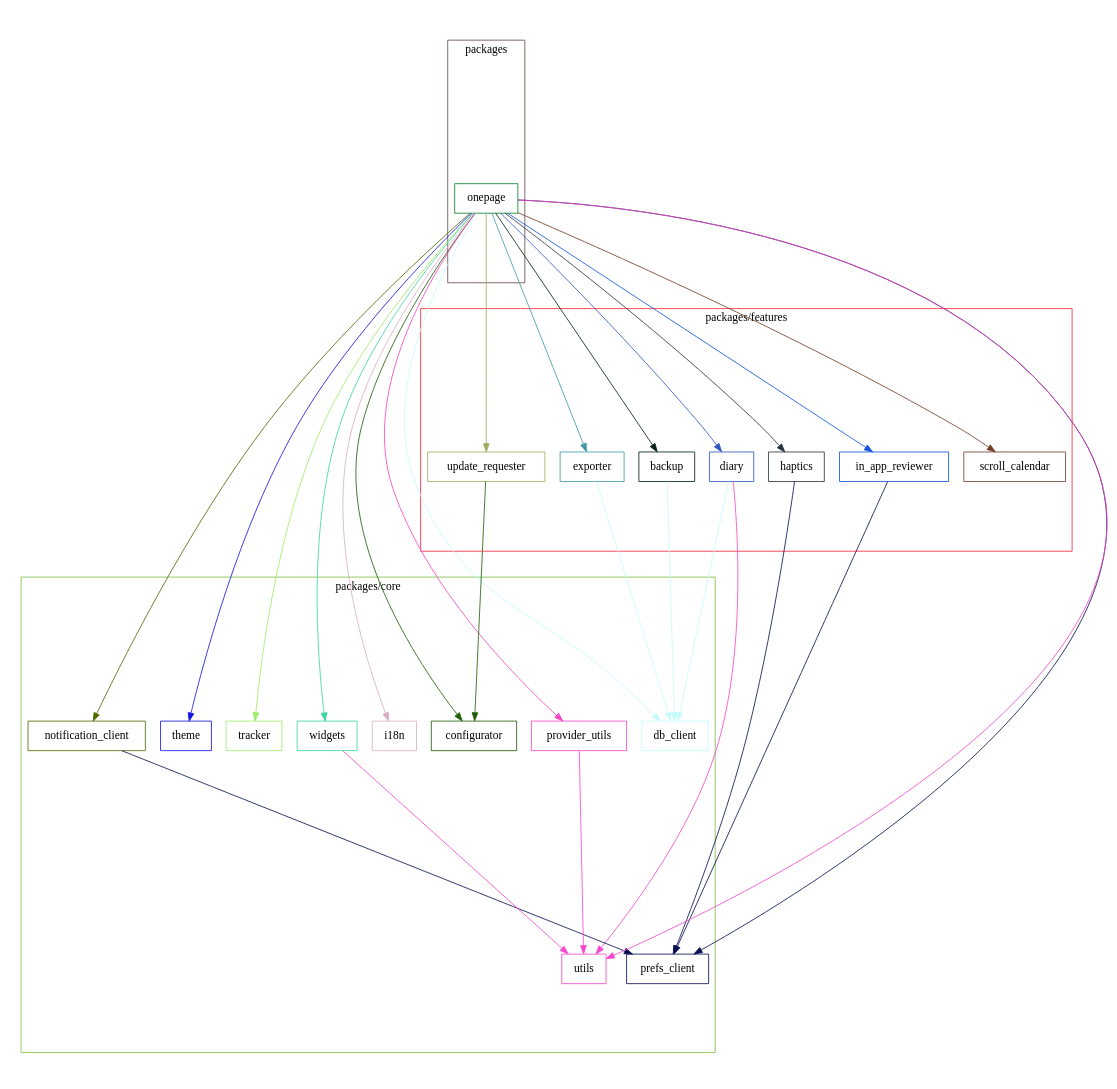
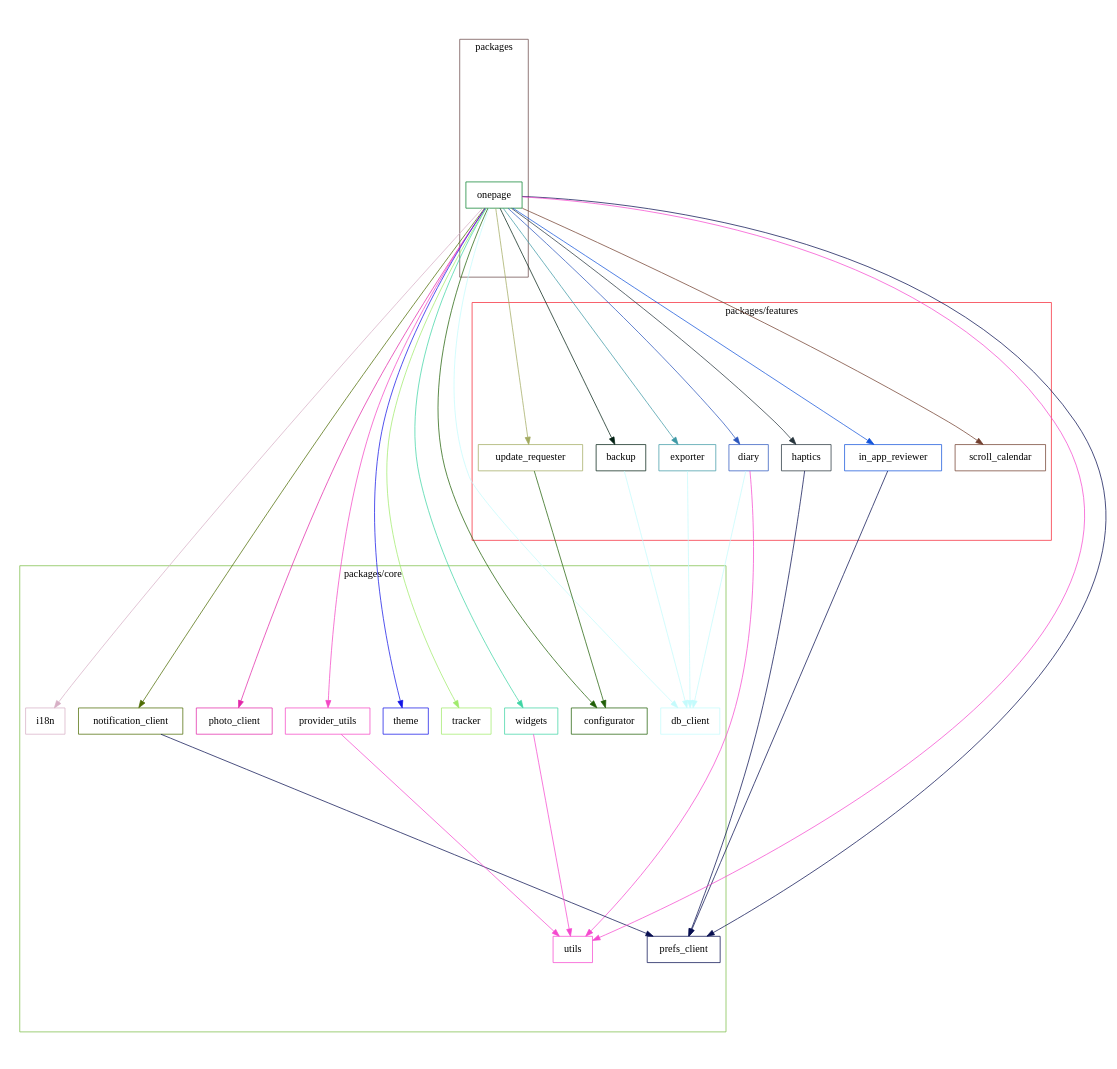
Before and after one commit to naipaka/onepage: the diagram in docs/dependency_graph.dot, drawn with Graphviz. The commit also changed 1 other file, not shown here.

Commit message:
Update Dependency Graph and SVG image (#200)

```diff
--- a/docs/dependency_graph.dot
+++ b/docs/dependency_graph.dot
@@ -1,78 +1,81 @@
 digraph packages {
   size="10"; ratio=fill;
   backup [shape="box"; color="#022013"];
   configurator [shape="box"; color="#205f06"];
   db_client [shape="box"; color="#c4fbfc"];
   diary [shape="box"; color="#2c56bd"];
   exporter [shape="box"; color="#3e99a6"];
   haptics [shape="box"; color="#26343c"];
   i18n [shape="box"; color="#d7afc5"];
   in_app_reviewer [shape="box"; color="#1253da"];
   notification_client [shape="box"; color="#4d6b02"];
   onepage [shape="box"; color="#08802d"];
+  photo_client [shape="box"; color="#e227a9"];
   prefs_client [shape="box"; color="#080f51"];
   provider_utils [shape="box"; color="#f445c4"];
   scroll_calendar [shape="box"; color="#713e2e"];
   theme [shape="box"; color="#1214e6"];
   tracker [shape="box"; color="#a0eb6a"];
   update_requester [shape="box"; color="#a2aa60"];
   utils [shape="box"; color="#f548cf"];
   widgets [shape="box"; color="#3ed5a4"];
   backup -> db_client [style="filled"; color="#c4fbfc"];
   diary -> db_client [style="filled"; color="#c4fbfc"];
   diary -> utils [style="filled"; color="#f548cf"];
   exporter -> db_client [style="filled"; color="#c4fbfc"];
   haptics -> prefs_client [style="filled"; color="#080f51"];
   in_app_reviewer -> prefs_client [style="filled"; color="#080f51"];
   notification_client -> prefs_client [style="filled"; color="#080f51"];
   onepage -> backup [style="filled"; color="#022013"];
   onepage -> configurator [style="filled"; color="#205f06"];
   onepage -> db_client [style="filled"; color="#c4fbfc"];
   onepage -> diary [style="filled"; color="#2c56bd"];
   onepage -> exporter [style="filled"; color="#3e99a6"];
   onepage -> haptics [style="filled"; color="#26343c"];
   onepage -> i18n [style="filled"; color="#d7afc5"];
   onepage -> in_app_reviewer [style="filled"; color="#1253da"];
   onepage -> notification_client [style="filled"; color="#4d6b02"];
+  onepage -> photo_client [style="filled"; color="#e227a9"];
   onepage -> prefs_client [style="filled"; color="#080f51"];
   onepage -> provider_utils [style="filled"; color="#f445c4"];
   onepage -> scroll_calendar [style="filled"; color="#713e2e"];
   onepage -> theme [style="filled"; color="#1214e6"];
   onepage -> tracker [style="filled"; color="#a0eb6a"];
   onepage -> update_requester [style="filled"; color="#a2aa60"];
   onepage -> utils [style="filled"; color="#f548cf"];
   onepage -> widgets [style="filled"; color="#3ed5a4"];
   provider_utils -> utils [style="filled"; color="#f548cf"];
   update_requester -> configurator [style="filled"; color="#205f06"];
   widgets -> utils [style="filled"; color="#f548cf"];
   subgraph "cluster packages/features" {
     label="packages/features";
     color="#f62736";
     backup;
     diary;
     exporter;
     haptics;
     in_app_reviewer;
     scroll_calendar;
     update_requester;
   }
   subgraph "cluster packages/core" {
     label="packages/core";
     color="#7bbd47";
     configurator;
     db_client;
     i18n;
     notification_client;
+    photo_client;
     prefs_client;
     provider_utils;
     theme;
     tracker;
     utils;
     widgets;
   }
   subgraph "cluster packages" {
     label="packages";
     color="#6b4949";
     onepage;
   }
 }
```
